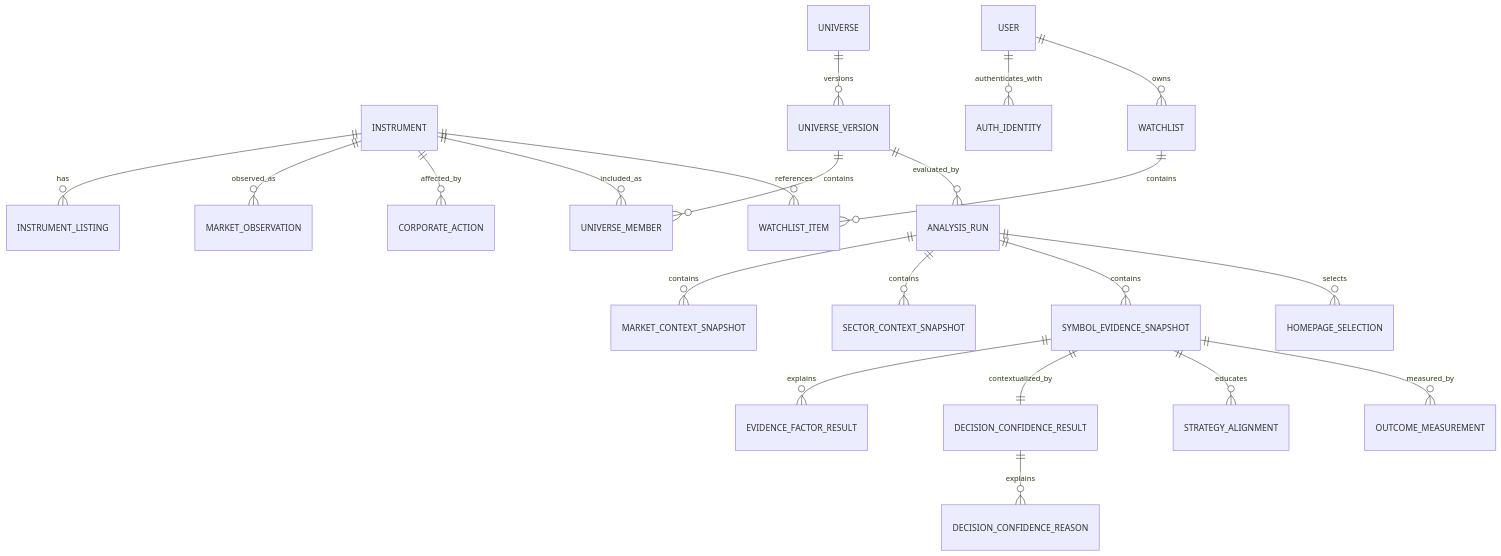
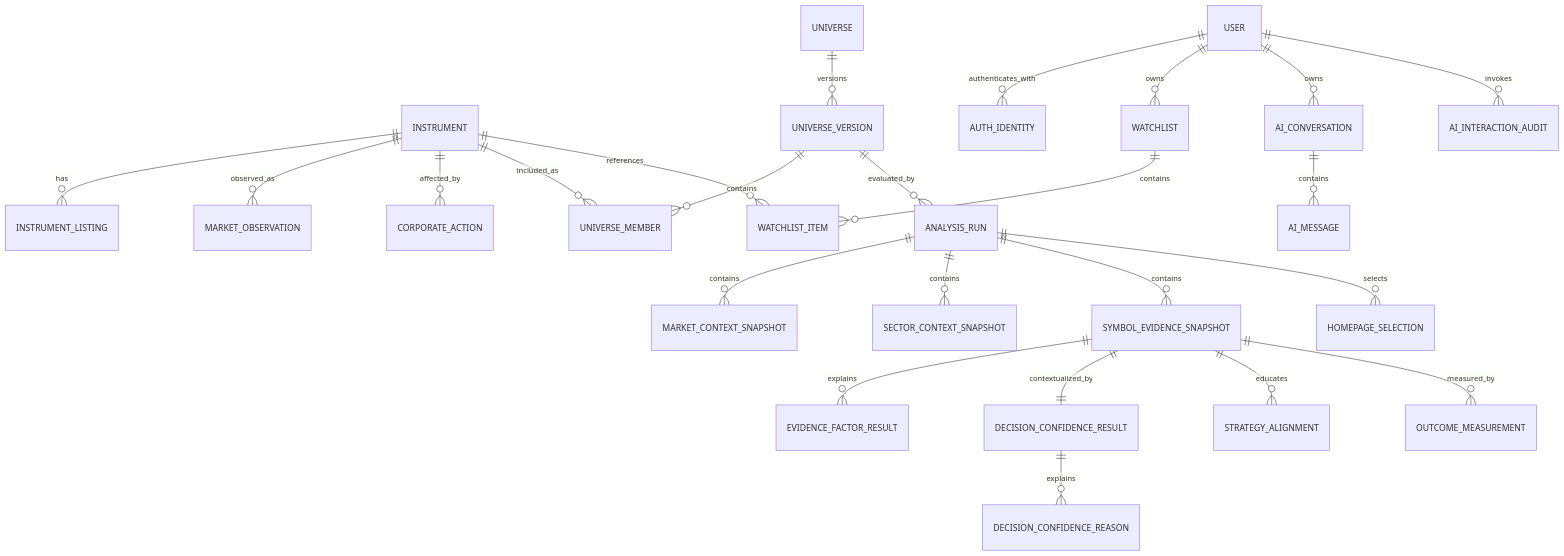
Before and after one commit to manojb-ai/tradeevidence-web: the diagram in docs/engineering/MVP-Data-Schema.md, drawn with Mermaid. The commit also changed other lines of this file and 17 other files, not shown here.

Commit message:
docs(architecture): close AI Workflow workshop

````diff
--- a/docs/engineering/MVP-Data-Schema.md
+++ b/docs/engineering/MVP-Data-Schema.md
@@ -50,23 +57,26 @@
 ```mermaid
 erDiagram
     INSTRUMENT ||--o{ INSTRUMENT_LISTING : has
     INSTRUMENT ||--o{ MARKET_OBSERVATION : observed_as
     INSTRUMENT ||--o{ CORPORATE_ACTION : affected_by
     UNIVERSE ||--o{ UNIVERSE_VERSION : versions
     UNIVERSE_VERSION ||--o{ UNIVERSE_MEMBER : contains
     INSTRUMENT ||--o{ UNIVERSE_MEMBER : included_as
     UNIVERSE_VERSION ||--o{ ANALYSIS_RUN : evaluated_by
     ANALYSIS_RUN ||--o{ MARKET_CONTEXT_SNAPSHOT : contains
     ANALYSIS_RUN ||--o{ SECTOR_CONTEXT_SNAPSHOT : contains
     ANALYSIS_RUN ||--o{ SYMBOL_EVIDENCE_SNAPSHOT : contains
     SYMBOL_EVIDENCE_SNAPSHOT ||--o{ EVIDENCE_FACTOR_RESULT : explains
     SYMBOL_EVIDENCE_SNAPSHOT ||--|| DECISION_CONFIDENCE_RESULT : contextualized_by
     DECISION_CONFIDENCE_RESULT ||--o{ DECISION_CONFIDENCE_REASON : explains
     SYMBOL_EVIDENCE_SNAPSHOT ||--o{ STRATEGY_ALIGNMENT : educates
     ANALYSIS_RUN ||--o{ HOMEPAGE_SELECTION : selects
     SYMBOL_EVIDENCE_SNAPSHOT ||--o{ OUTCOME_MEASUREMENT : measured_by
     USER ||--o{ AUTH_IDENTITY : authenticates_with
     USER ||--o{ WATCHLIST : owns
     WATCHLIST ||--o{ WATCHLIST_ITEM : contains
     INSTRUMENT ||--o{ WATCHLIST_ITEM : references
+    USER ||--o{ AI_CONVERSATION : owns
+    AI_CONVERSATION ||--o{ AI_MESSAGE : contains
+    USER ||--o{ AI_INTERACTION_AUDIT : invokes
 ```
````
